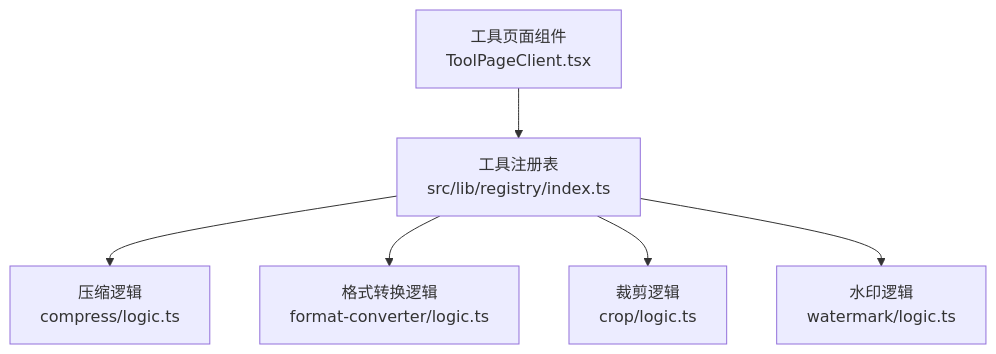
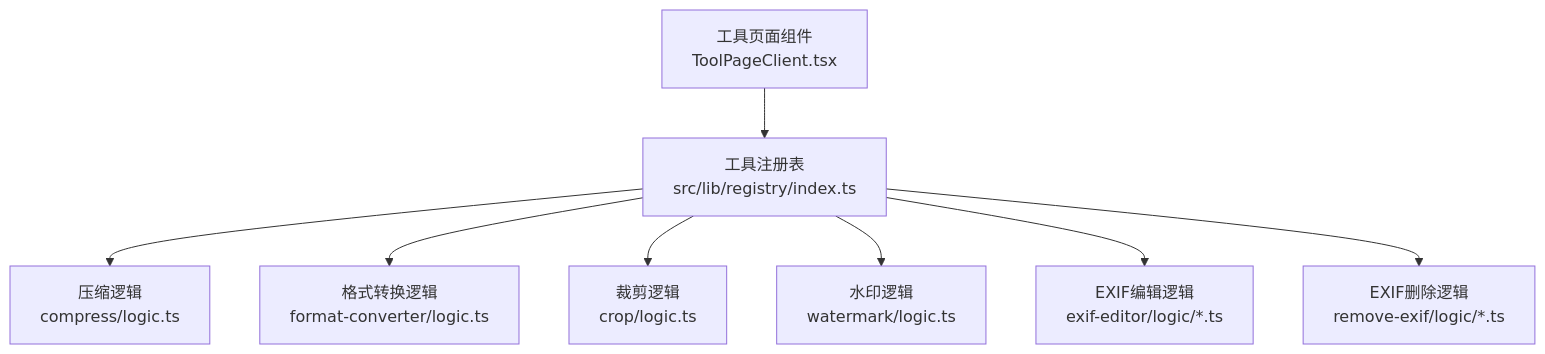
Before and after one commit to sgyy/privadeck: the second of 6 diagrams in .qoder/repowiki/zh/content/图像工具/图像工具.md, drawn with Mermaid. The commit also changed other lines of this file and 2 other files, not shown here.

First line of the commit message:
feat(exif): 增强EXIF管理功能，新增编辑器与分类删除系统

````diff
--- a/.qoder/repowiki/zh/content/图像工具/图像工具.md
+++ b/.qoder/repowiki/zh/content/图像工具/图像工具.md
@@ -143,14 +170,18 @@
 ```mermaid
 graph TB
 UI["工具页面组件<br/>ToolPageClient.tsx"]
 REG["工具注册表<br/>src/lib/registry/index.ts"]
 LOGIC_COMP["压缩逻辑<br/>compress/logic.ts"]
 LOGIC_FMT["格式转换逻辑<br/>format-converter/logic.ts"]
 LOGIC_CROP["裁剪逻辑<br/>crop/logic.ts"]
 LOGIC_WM["水印逻辑<br/>watermark/logic.ts"]
+LOGIC_EXIF_EDIT["EXIF编辑逻辑<br/>exif-editor/logic/*.ts"]
+LOGIC_EXIF_DEL["EXIF删除逻辑<br/>remove-exif/logic/*.ts"]
 UI --> REG
 REG --> LOGIC_COMP
 REG --> LOGIC_FMT
 REG --> LOGIC_CROP
 REG --> LOGIC_WM
+REG --> LOGIC_EXIF_EDIT
+REG --> LOGIC_EXIF_DEL
 ```
````
